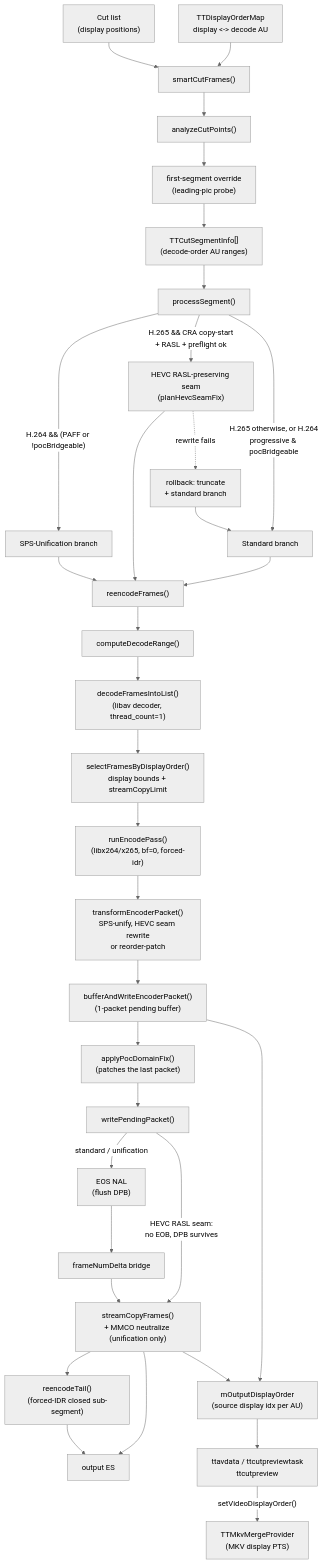
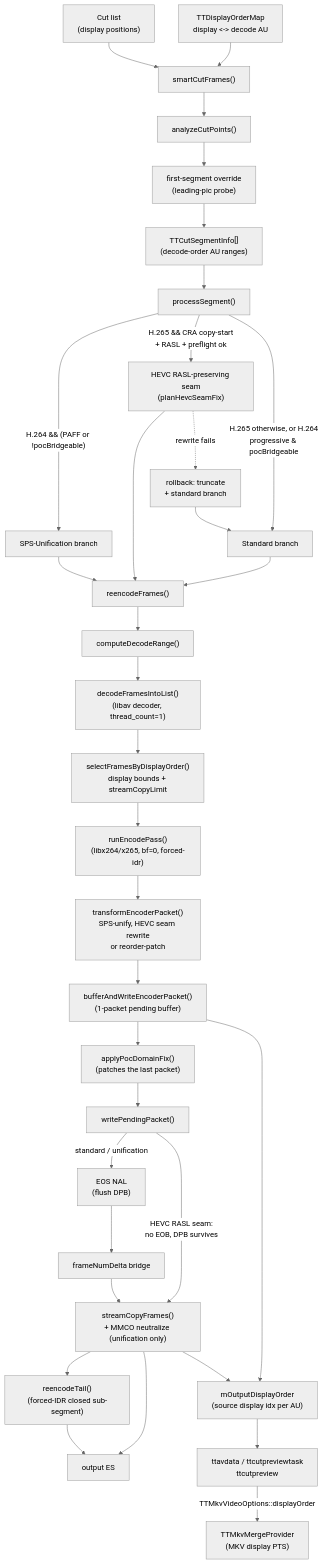
The diagram in docs/code-map/smart-cut.md (MINIXJR/TTCut-ng), drawn with Mermaid (neutral theme) before and after one commit. The commit also changed other lines of this file and 22 other files, not shown here.

````diff
--- a/docs/code-map/smart-cut.md
+++ b/docs/code-map/smart-cut.md
@@ -89,41 +89,41 @@
 ```mermaid
 flowchart TD
     UI["Cut list<br/>(display positions)"] --> SCF["smartCutFrames()"]
     DOM["TTDisplayOrderMap<br/>display &lt;-&gt; decode AU"] --> SCF
     SCF --> ACP["analyzeCutPoints()"]
     ACP --> OVR["first-segment override<br/>(leading-pic probe)"]
     OVR --> SEG["TTCutSegmentInfo[]<br/>(decode-order AU ranges)"]
     SEG --> PS["processSegment()"]
 
     PS -->|"H.264 &amp;&amp; (PAFF or !pocBridgeable)"| UNI["SPS-Unification branch"]
     PS -->|"H.265 &amp;&amp; CRA copy-start<br/>+ RASL + preflight ok"| HSF["HEVC RASL-preserving seam<br/>(planHevcSeamFix)"]
     PS -->|"H.265 otherwise, or H.264<br/>progressive &amp; pocBridgeable"| STD["Standard branch"]
 
     UNI --> RE["reencodeFrames()"]
     STD --> RE
     HSF --> RE
     HSF -.->|"rewrite fails"| RB["rollback: truncate<br/>+ standard branch"]
     RB --> STD
 
     RE --> CDR["computeDecodeRange()"]
     CDR --> DEC["decodeFramesIntoList()<br/>(libav decoder, thread_count=1)"]
     DEC --> SEL["selectFramesByDisplayOrder()<br/>display bounds + streamCopyLimit"]
     SEL --> ENC["runEncodePass()<br/>(libx264/x265, bf=0, forced-idr)"]
     ENC --> TEP["transformEncoderPacket()<br/>SPS-unify, HEVC seam rewrite<br/>or reorder-patch"]
     TEP --> BUF["bufferAndWriteEncoderPacket()<br/>(1-packet pending buffer)"]
     BUF --> PDF["applyPocDomainFix()<br/>(patches the last packet)"]
     PDF --> WPP["writePendingPacket()"]
 
     WPP -->|"standard / unification"| EOS["EOS NAL<br/>(flush DPB)"]
     WPP -->|"HEVC RASL seam:<br/>no EOB, DPB survives"| SC
     EOS --> FND["frameNumDelta bridge"]
     FND --> SC["streamCopyFrames()<br/>+ MMCO neutralize (unification only)"]
     SC --> TAIL["reencodeTail()<br/>(forced-IDR closed sub-segment)"]
 
     SC --> OUT["output ES"]
     TAIL --> OUT
     BUF --> ODO["mOutputDisplayOrder<br/>(source display idx per AU)"]
     SC --> ODO
     ODO --> CONS["ttavdata / ttcutpreviewtask<br/>ttcutpreview"]
-    CONS -->|"setVideoDisplayOrder()"| MKV["TTMkvMergeProvider<br/>(MKV display PTS)"]
+    CONS -->|"TTMkvVideoOptions::displayOrder"| MKV["TTMkvMergeProvider<br/>(MKV display PTS)"]
 ```
````
